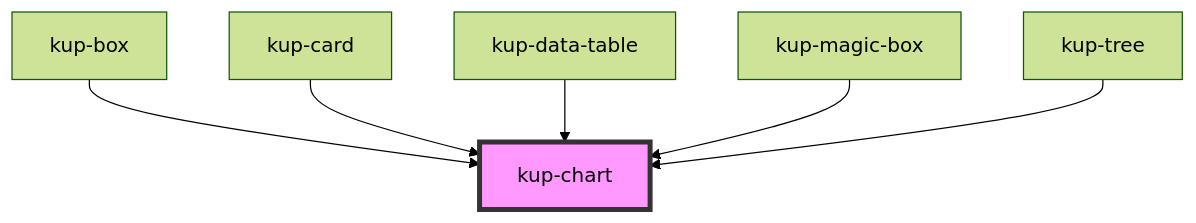
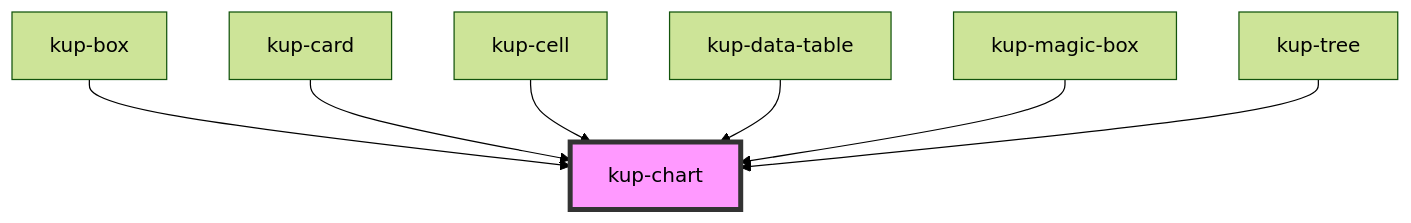
The diagram in packages/ketchup/src/components/kup-chart/readme.md (smeup/ketchup), drawn with Mermaid (forest theme) before and after one commit. The commit also changed other lines of this file and 12 other files, not shown here.

````diff
--- a/packages/ketchup/src/components/kup-chart/readme.md
+++ b/packages/ketchup/src/components/kup-chart/readme.md
@@ -94,9 +95,10 @@
 ```mermaid
 graph TD;
   kup-box --> kup-chart
   kup-card --> kup-chart
+  kup-cell --> kup-chart
   kup-data-table --> kup-chart
   kup-magic-box --> kup-chart
   kup-tree --> kup-chart
   style kup-chart fill:#f9f,stroke:#333,stroke-width:4px
 ```
````
